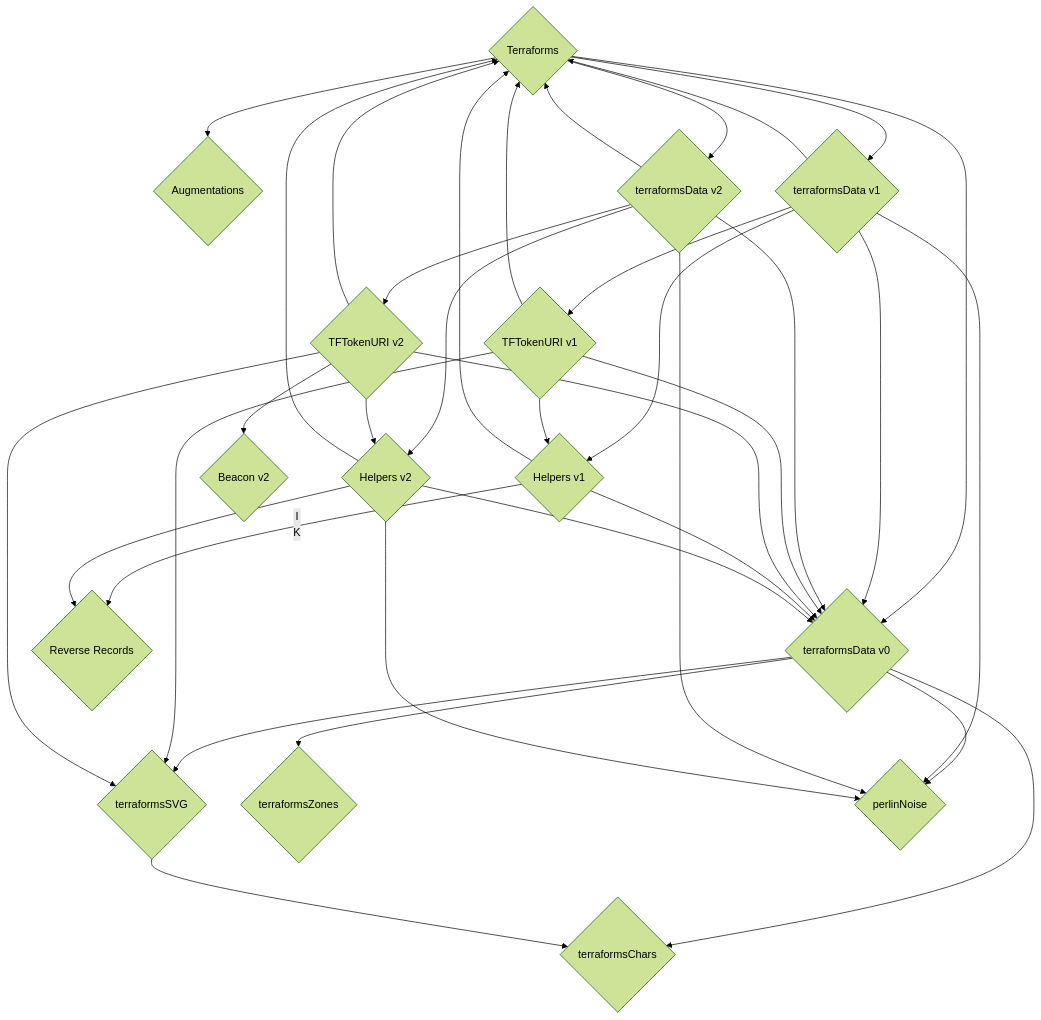
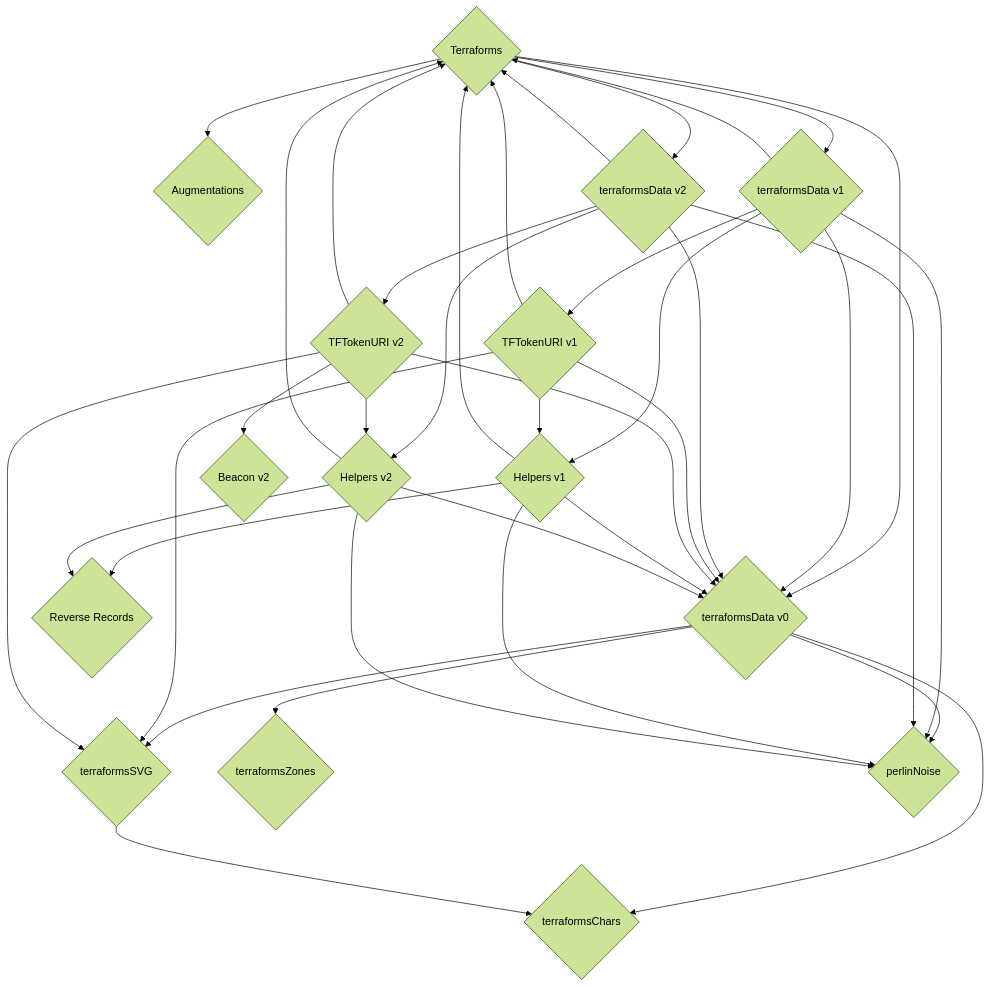
One commit to thebadcc/terraform-docs changed the first of 2 diagrams in contracts/Terraforms.md. Above: the diagram before and after it, drawn with Mermaid (forest theme).

````diff
--- a/contracts/Terraforms.md
+++ b/contracts/Terraforms.md
@@ -20,39 +20,39 @@
 ```mermaid
 graph TD
     A{Terraforms} --> B{Augmentations}
     A --> C{terraformsData v0}
     A --> D{terraformsData v1}
     A --> E{terraformsData v2}
     C --> F{terraformsSVG}
     C --> G{terraformsChars}
     C --> H{terraformsZones}
     C --> I{perlinNoise}
     D --> J{TFTokenURI v1}
     D --> K{Helpers v1}
     E --> L{TFTokenURI v2}
     E --> M{Helpers v2}
     F --> G
     L --> N{Beacon v2}
     D --> A
     D --> I
     D --> C
     E --> A
     E --> I
     E --> C
     J --> C
     J --> A
     J --> K
     J --> F
     L --> C
     L --> A
     L --> M
     L --> F
     K --> A
     K --> C
-    K -- I
+    K --> I
     K --> O{Reverse Records}
     M --> A
     M --> C
     M --> I
     M --> O
 ```
````
